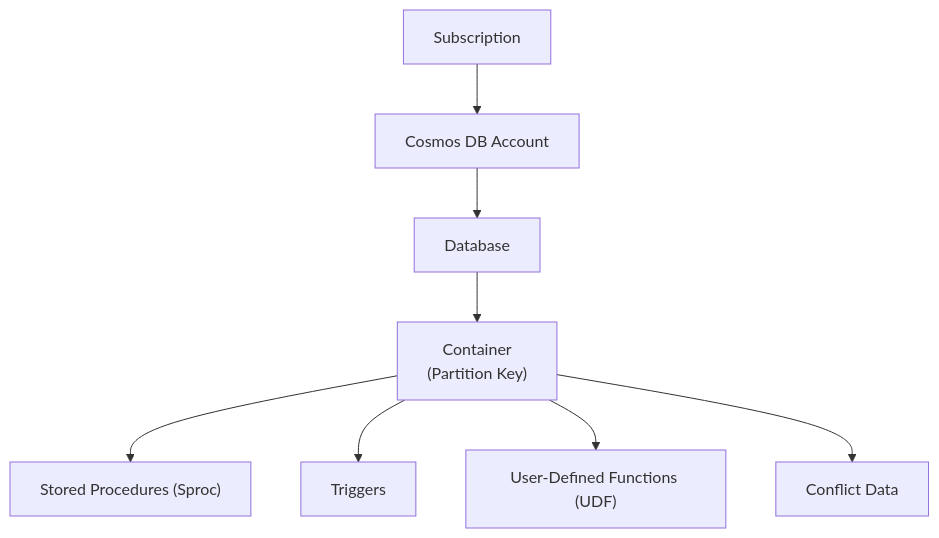
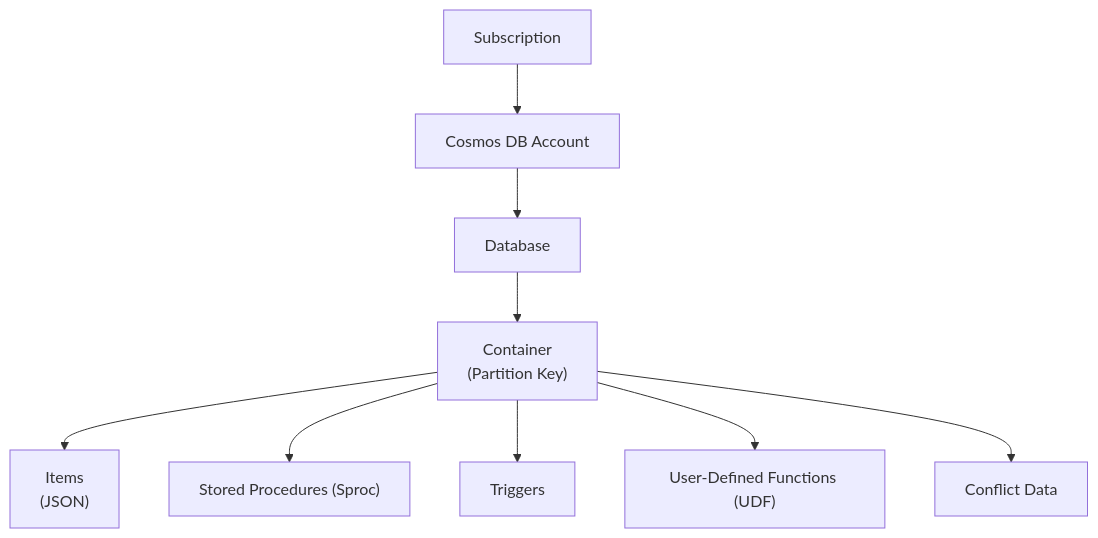
One commit to tchappel/cs-wiki changed the diagram in azure/cosmosdb.md. Above: the diagram before and after it, drawn with Mermaid.

Commit message:
add items representation in Cosmos DB diagram

````diff
--- a/azure/cosmosdb.md
+++ b/azure/cosmosdb.md
@@ -31,26 +31,28 @@
 ```mermaid
 graph TD
     %% Subscription and Account Relationship
     A[Subscription] --> B[Cosmos DB Account]
 
     %% Database as a rectangle
     B --> C[Database]
 
     %% Container in its own rectangle
     C --> D1["Container <br>(Partition Key)"]
 
     %% Indicating Stored Procedures, Triggers, UDFs, and Conflict Data
+    Z["Items <br>(JSON)"]
     X["Stored Procedures (Sproc)"]
     Y["Triggers"]
     W["User-Defined Functions (UDF)"]
     V["Conflict Data"]
 
     %% Arrows to indicate contents
+    D1 --> Z
     D1 --> X
     D1 --> Y
     D1 --> W
     D1 --> V
 
     %% Styling
     classDef card fill:#e3f2fd,stroke:#1e88e5,stroke-width:2px;
 ```
````
